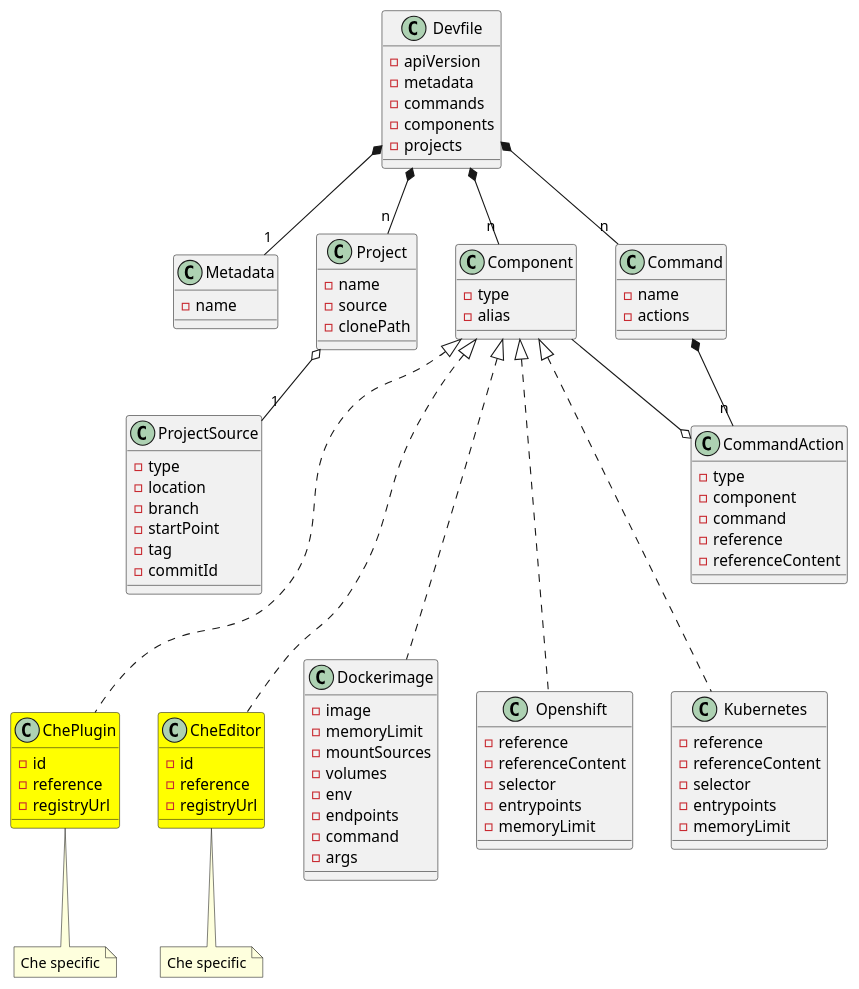
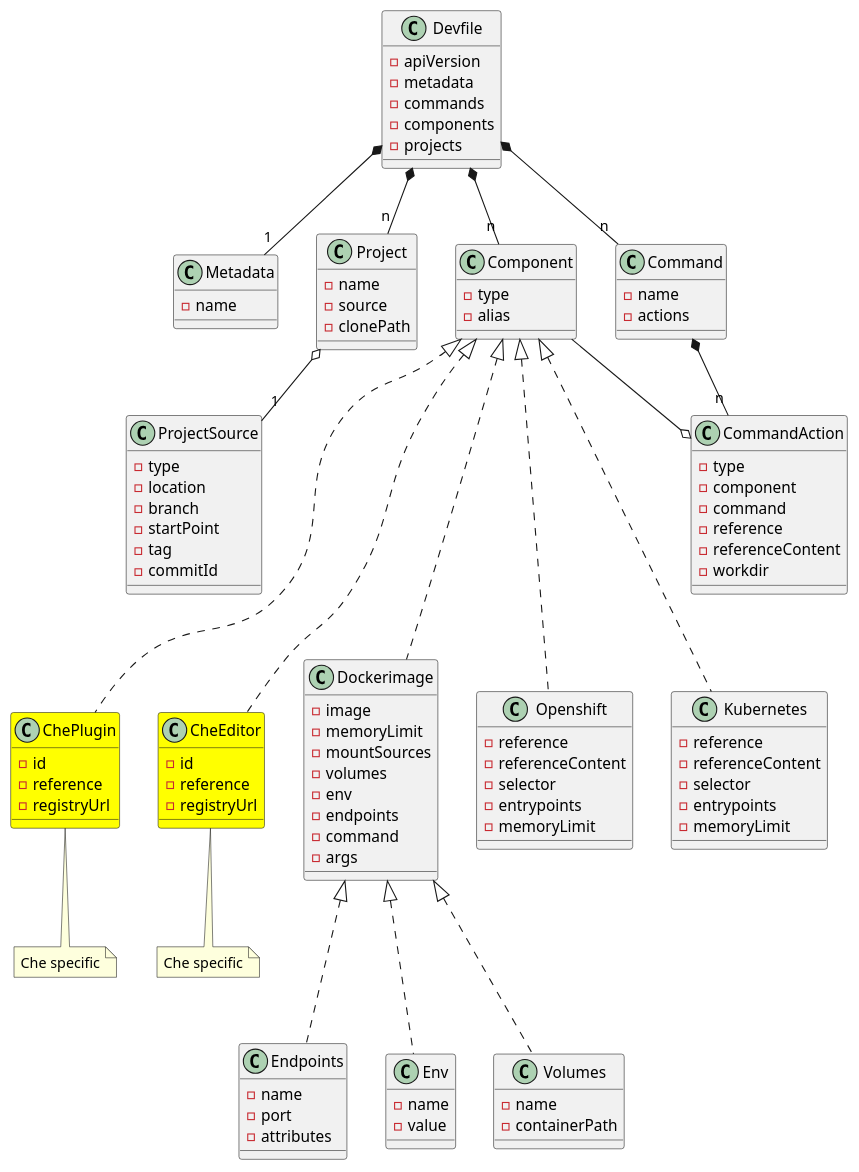
The diagram in devfile_next.plantuml (redhat-developer/devfile), drawn with PlantUML before and after one commit. The commit also changed 1 other file, not shown here.

Commit message:
Update Devfile Diagram

```diff
--- a/devfile_next.plantuml
+++ b/devfile_next.plantuml
@@ -1,120 +1,141 @@
 @startuml devfile_next
 
 class Devfile {
   - apiVersion
   - metadata
   - commands
   - components
   - projects
 }
 
 together {
   class Metadata
   class Component
   class Command
   class Project
 }
 
 Devfile *-- "1" Metadata
 Devfile *-- "n" Component
 Devfile *-- "n" Command
 Devfile *-- "n" Project
 
 class Metadata {
   - name
 }
 
 class Component {
     - type
     - alias
 }
 
 
 Component <|-.. Dockerimage
 Component <|-.. Openshift
 Component <|-.. Kubernetes
 Component <|-.. ChePlugin
 Component <|-.. CheEditor
 
 class Command {
   - name
   - actions
 }
 
 Command *-- "n" CommandAction
 CommandAction o-- Component
 
 class CommandAction {
   - type
   - component
   - command
   - reference
   - referenceContent
+  - workdir
 }
 
 class Project {
   - name
   - source
   - clonePath
 }
 
 Project o-- "1" ProjectSource
 
 class ProjectSource {
   - type
   - location
   - branch
   - startPoint
   - tag
   - commitId
 }
 
 Project -[hidden]> Component
 Component -[hidden]> Command
 ProjectSource -[hidden]> CommandAction
 
 class Dockerimage {
    - image
    - memoryLimit
    - mountSources
    - volumes
    - env
    - endpoints
    - command
    - args
+}
+
+Dockerimage <|-.. Env
+Dockerimage <|-.. Volumes
+Dockerimage <|-.. Endpoints
+
+class Env {
+   - name
+   - value
+}
+
+class Volumes {
+   - name
+   - containerPath
+}
+
+class Endpoints {
+   - name
+   - port
+   - attributes
 }
 
 class Openshift {
   - reference
   - referenceContent
   - selector
   - entrypoints
   - memoryLimit
 }
 
 class Kubernetes {
   - reference
   - referenceContent
   - selector
   - entrypoints
   - memoryLimit
 }
 
 class ChePlugin #yellow {
   - id
   - reference
   - registryUrl
 }
 note bottom of ChePlugin: Che specific
 
 class CheEditor #yellow {
   - id
   - reference
   - registryUrl
 }
 note bottom of CheEditor: Che specific
 
 ChePlugin -[hidden]> CheEditor
 CheEditor -[hidden]> Dockerimage
 
 @enduml
```
